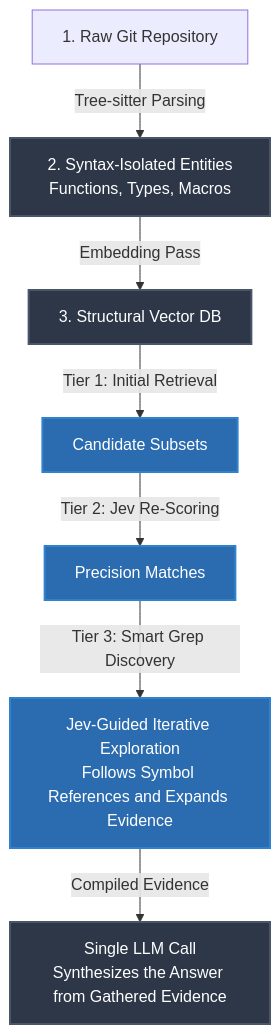
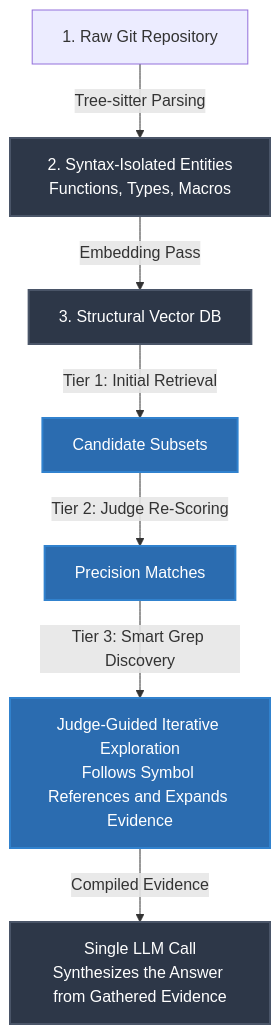
The diagram in README.md (DevLoops-ai/unified-brain), drawn with Mermaid before and after one commit. The commit also changed other lines of this file and 1 other file, not shown here.

Commit message:
README: jev is not the only judge now - represent the cost truthfully

````diff
--- a/README.md
+++ b/README.md
@@ -61,23 +61,23 @@
 ```mermaid
 flowchart TD
     classDef step fill:#2d3748,stroke:#4a5568,stroke-width:2px,color:#fff;
     classDef process fill:#2b6cb0,stroke:#3182ce,stroke-width:2px,color:#fff;
 
     Code["1. Raw Git Repository"]
     Entities["`2. Syntax-Isolated Entities
 Functions, Types, Macros`"]:::step
     VectorDB["3. Structural Vector DB"]:::step
     Candidates["Candidate Subsets"]:::process
     Filtered["Precision Matches"]:::process
-    Dynamic["`Jev-Guided Iterative Exploration
+    Dynamic["`Judge-Guided Iterative Exploration
 Follows Symbol References and Expands Evidence`"]:::process
     Writer["`Single LLM Call
 Synthesizes the Answer from Gathered Evidence`"]:::step
 
     Code -->|Tree-sitter Parsing| Entities
     Entities -->|Embedding Pass| VectorDB
     VectorDB -->|Tier 1: Initial Retrieval| Candidates
-    Candidates -->|Tier 2: Jev Re-Scoring| Filtered
+    Candidates -->|Tier 2: Judge Re-Scoring| Filtered
     Filtered -->|Tier 3: Smart Grep Discovery| Dynamic
     Dynamic -->|Compiled Evidence| Writer
 ```
````
